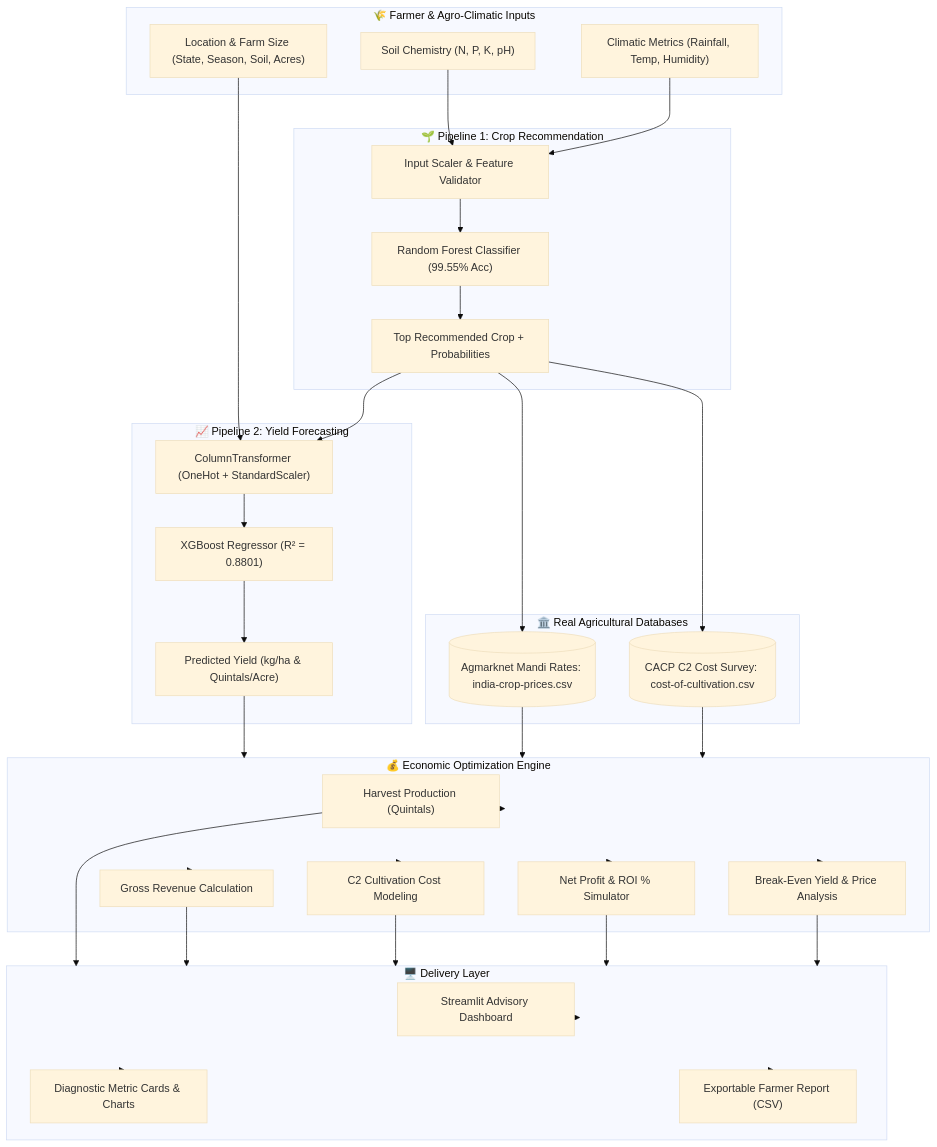
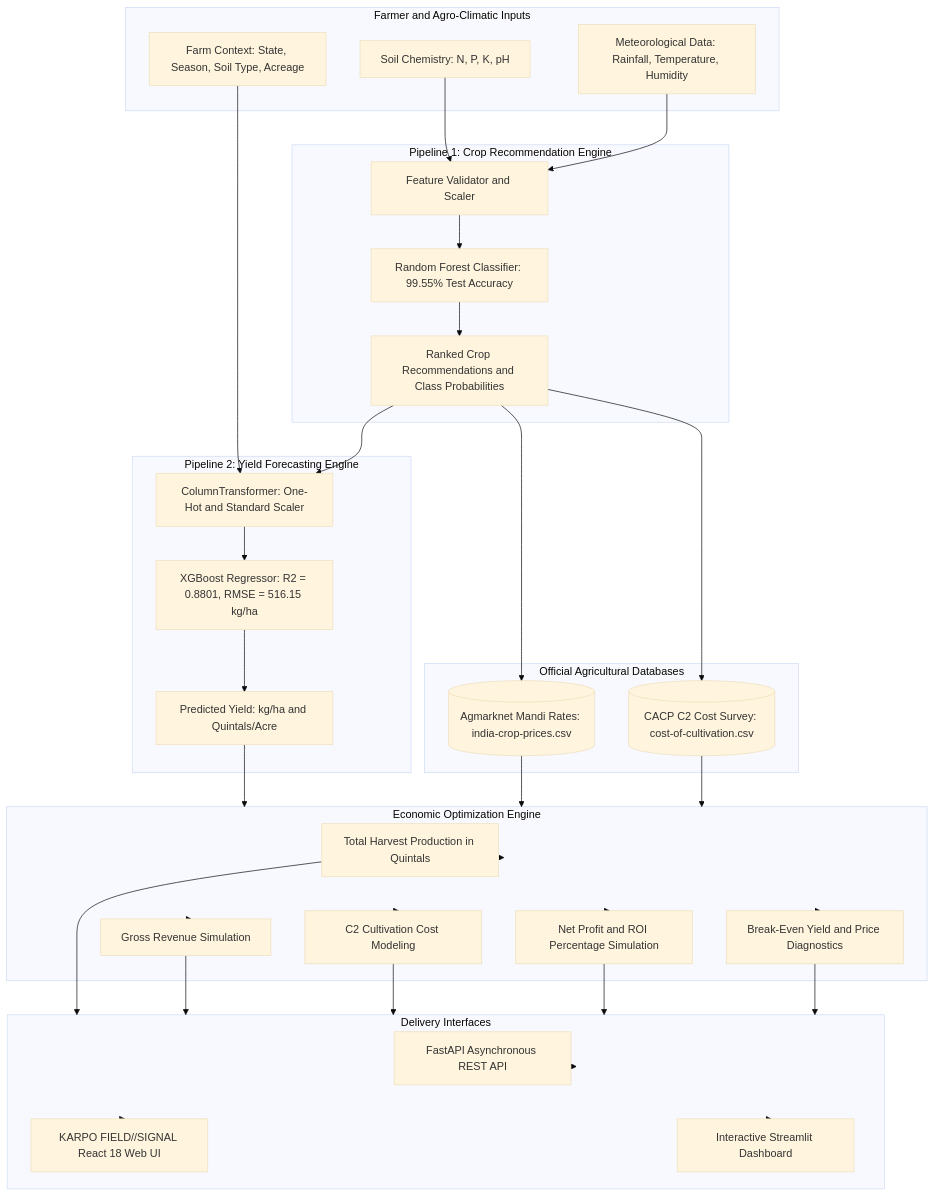
Before and after one commit to Pranav-Pardeshii/Karpo: the diagram in README.md, drawn with Mermaid (base theme). The commit also changed other lines of this file, not shown here.

````diff
--- a/README.md
+++ b/README.md
@@ -50,48 +39,48 @@
 ```mermaid
 flowchart TD
-    subgraph Input ["🌾 Farmer & Agro-Climatic Inputs"]
-        A1["Soil Chemistry (N, P, K, pH)"]
-        A2["Climatic Metrics (Rainfall, Temp, Humidity)"]
-        A3["Location & Farm Size (State, Season, Soil, Acres)"]
+    subgraph Input ["Farmer and Agro-Climatic Inputs"]
+        A1["Soil Chemistry: N, P, K, pH"]
+        A2["Meteorological Data: Rainfall, Temperature, Humidity"]
+        A3["Farm Context: State, Season, Soil Type, Acreage"]
     end
 
-    subgraph RecEngine ["🌱 Pipeline 1: Crop Recommendation"]
-        B1["Input Scaler & Feature Validator"]
-        B2["Random Forest Classifier (99.55% Acc)"]
-        B3["Top Recommended Crop + Probabilities"]
+    subgraph RecEngine ["Pipeline 1: Crop Recommendation Engine"]
+        B1["Feature Validator and Scaler"]
+        B2["Random Forest Classifier: 99.55% Test Accuracy"]
+        B3["Ranked Crop Recommendations and Class Probabilities"]
     end
 
-    subgraph YieldEngine ["📈 Pipeline 2: Yield Forecasting"]
-        C1["ColumnTransformer (OneHot + StandardScaler)"]
-        C2["XGBoost Regressor (R² = 0.8801)"]
-        C3["Predicted Yield (kg/ha & Quintals/Acre)"]
+    subgraph YieldEngine ["Pipeline 2: Yield Forecasting Engine"]
+        C1["ColumnTransformer: One-Hot and Standard Scaler"]
+        C2["XGBoost Regressor: R2 = 0.8801, RMSE = 516.15 kg/ha"]
+        C3["Predicted Yield: kg/ha and Quintals/Acre"]
     end
 
-    subgraph MarketCost ["🏛️ Real Agricultural Databases"]
+    subgraph MarketCost ["Official Agricultural Databases"]
         D1[("Agmarknet Mandi Rates: india-crop-prices.csv")]
         D2[("CACP C2 Cost Survey: cost-of-cultivation.csv")]
     end
 
-    subgraph FinancialEngine ["💰 Economic Optimization Engine"]
-        E1["Harvest Production (Quintals)"]
-        E2["Gross Revenue Calculation"]
+    subgraph FinancialEngine ["Economic Optimization Engine"]
+        E1["Total Harvest Production in Quintals"]
+        E2["Gross Revenue Simulation"]
         E3["C2 Cultivation Cost Modeling"]
-        E4["Net Profit & ROI % Simulator"]
-        E5["Break-Even Yield & Price Analysis"]
+        E4["Net Profit and ROI Percentage Simulation"]
+        E5["Break-Even Yield and Price Diagnostics"]
     end
 
-    subgraph Presentation ["🖥️ Delivery Layer"]
-        F1["Streamlit Advisory Dashboard"]
-        F2["Diagnostic Metric Cards & Charts"]
-        F3["Exportable Farmer Report (CSV)"]
+    subgraph Presentation ["Delivery Interfaces"]
+        F1["FastAPI Asynchronous REST API"]
+        F2["KARPO FIELD//SIGNAL React 18 Web UI"]
+        F3["Interactive Streamlit Dashboard"]
     end
 
     A1 & A2 --> B1 --> B2 --> B3
     A3 & B3 --> C1 --> C2 --> C3
     B3 --> D1
     B3 --> D2
     C3 & D1 & D2 --> FinancialEngine
     FinancialEngine --> E1 & E2 & E3 & E4 & E5
     E1 & E2 & E3 & E4 & E5 --> Presentation
     Presentation --> F1 & F2 & F3
 ```
````
